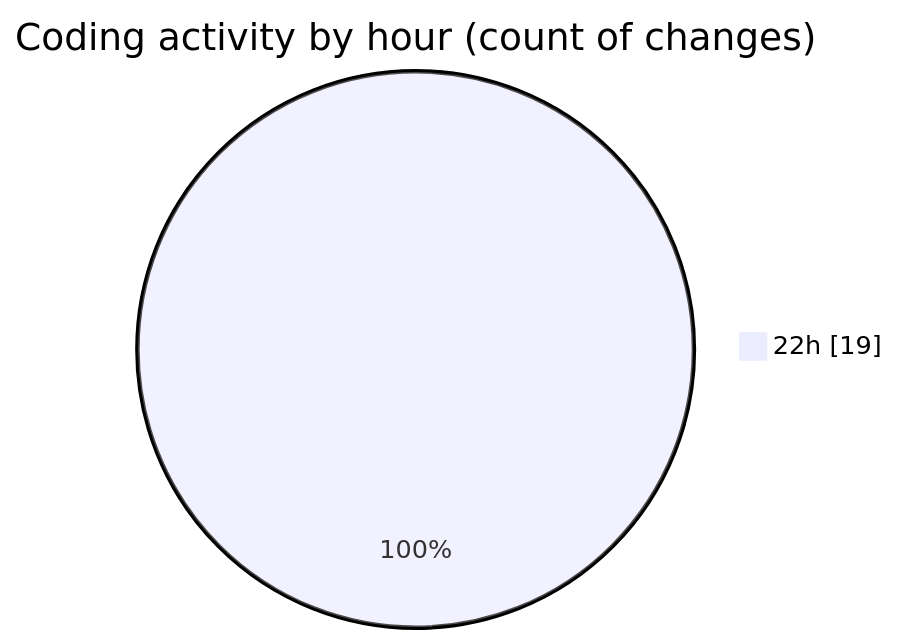
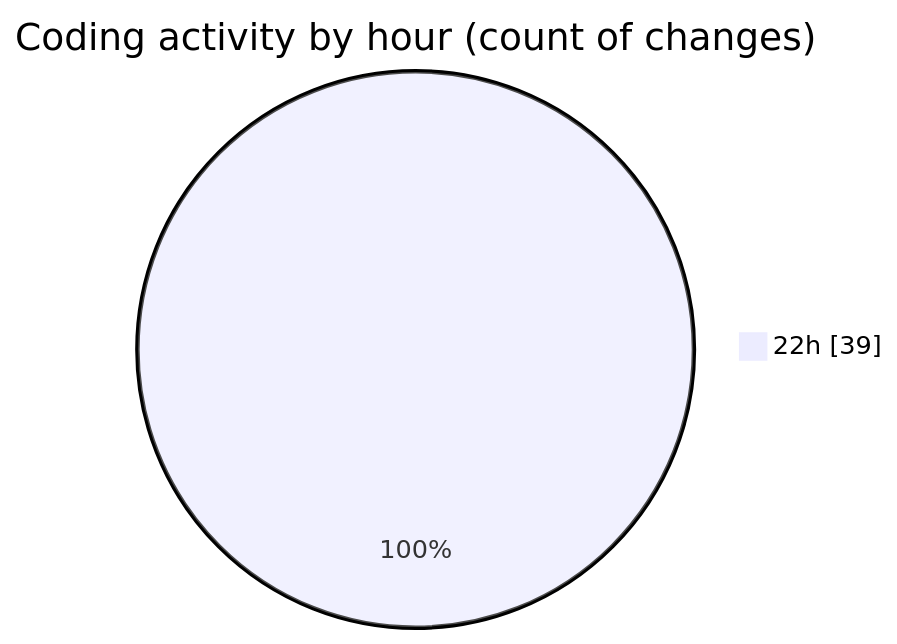
The second of 2 diagrams in 2026-02-14/java/README.md (hasnaa123/code-tracking), drawn with Mermaid before and after one commit. The commit also changed other lines of this file and 1 other file, not shown here.

````diff
--- a/2026-02-14/java/README.md
+++ b/2026-02-14/java/README.md
@@ -32,5 +36,5 @@
 ```mermaid
 pie showData
 title Coding activity by hour (count of changes)
-"22h" : 19
+"22h" : 39
 ```
````
